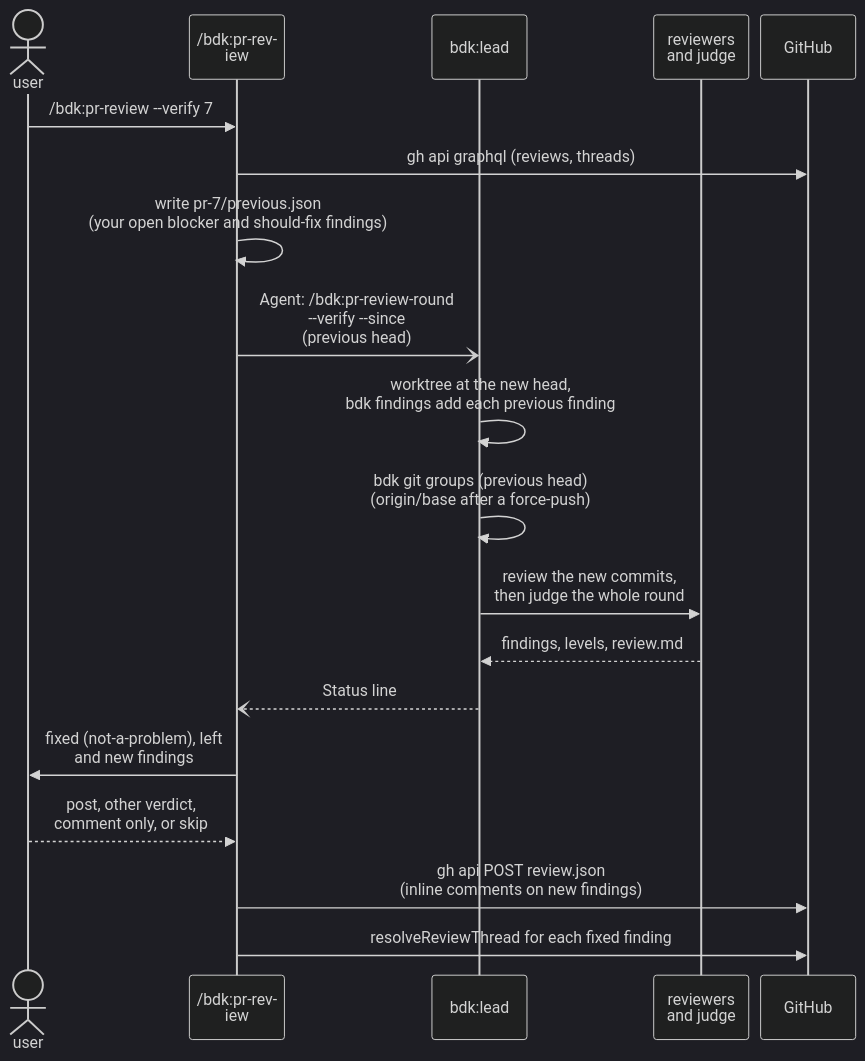
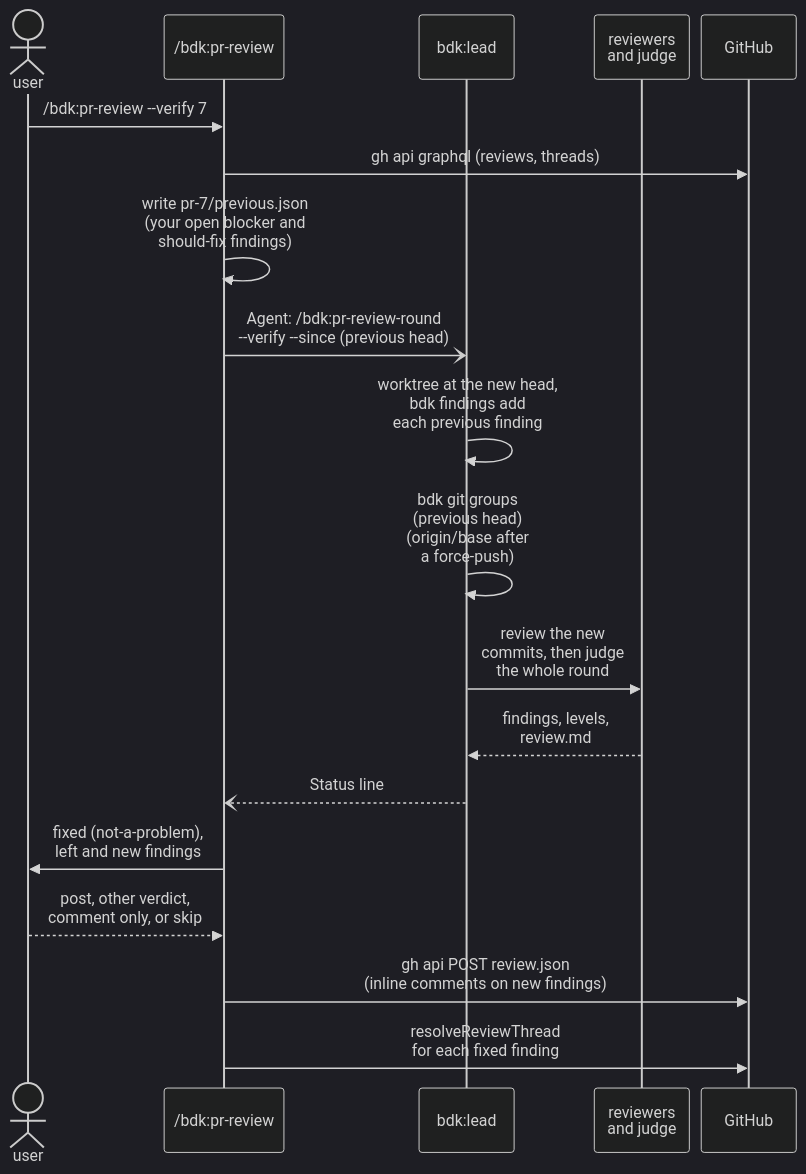
One commit to broneq/bdk changed diagram 14 of 15 in docs/concepts/orchestrators.md. Above: the diagram before and after it, drawn with Mermaid (dark theme). The commit also changed other lines of this file and 10 other files, not shown here.

First line of the commit message:
fix(docs): keep sequence diagram names whole

````diff
--- a/docs/concepts/orchestrators.md
+++ b/docs/concepts/orchestrators.md
@@ -335,22 +335,22 @@
 ```mermaid
-%%{init: {"sequence": {"actorMargin": 12, "width": 96, "noteMargin": 6, "wrap": true}}}%%
+%%{init: {"sequence": {"actorMargin": 12, "width": 96, "noteMargin": 6}}}%%
 sequenceDiagram
   actor U as user
   participant M as /bdk:pr-review
   participant L as bdk:lead
   participant R as reviewers<br/>and judge
   participant G as GitHub
   U->>M: /bdk:pr-review --verify 7
   M->>G: gh api graphql (reviews, threads)
-  M->>M: write pr-7/previous.json<br/>(your open blocker and should-fix findings)
+  M->>M: write pr-7/previous.json<br/>(your open blocker and<br/>should-fix findings)
   M-)L: Agent: /bdk:pr-review-round<br/>--verify --since (previous head)
-  L->>L: worktree at the new head,<br/>bdk findings add each previous finding
-  L->>L: bdk git groups (previous head)<br/>(origin/base after a force-push)
-  L->>R: review the new commits,<br/>then judge the whole round
-  R-->>L: findings, levels, review.md
+  L->>L: worktree at the new head,<br/>bdk findings add<br/>each previous finding
+  L->>L: bdk git groups<br/>(previous head)<br/>(origin/base after<br/>a force-push)
+  L->>R: review the new<br/>commits, then judge<br/>the whole round
+  R-->>L: findings, levels,<br/>review.md
   L--)M: Status line
-  M->>U: fixed (not-a-problem), left<br/>and new findings
+  M->>U: fixed (not-a-problem),<br/>left and new findings
   U-->>M: post, other verdict,<br/>comment only, or skip
   M->>G: gh api POST review.json<br/>(inline comments on new findings)
-  M->>G: resolveReviewThread for each fixed finding
+  M->>G: resolveReviewThread<br/>for each fixed finding
 ```
````
